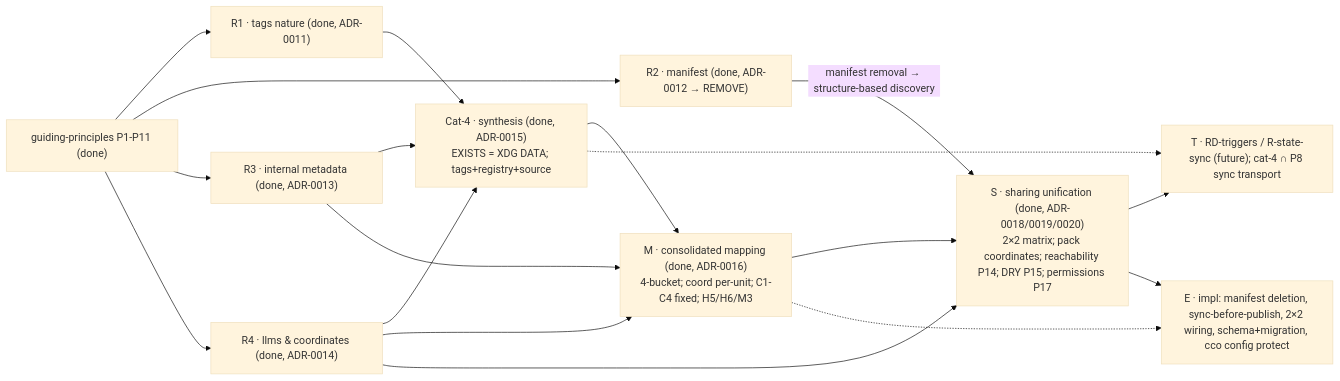
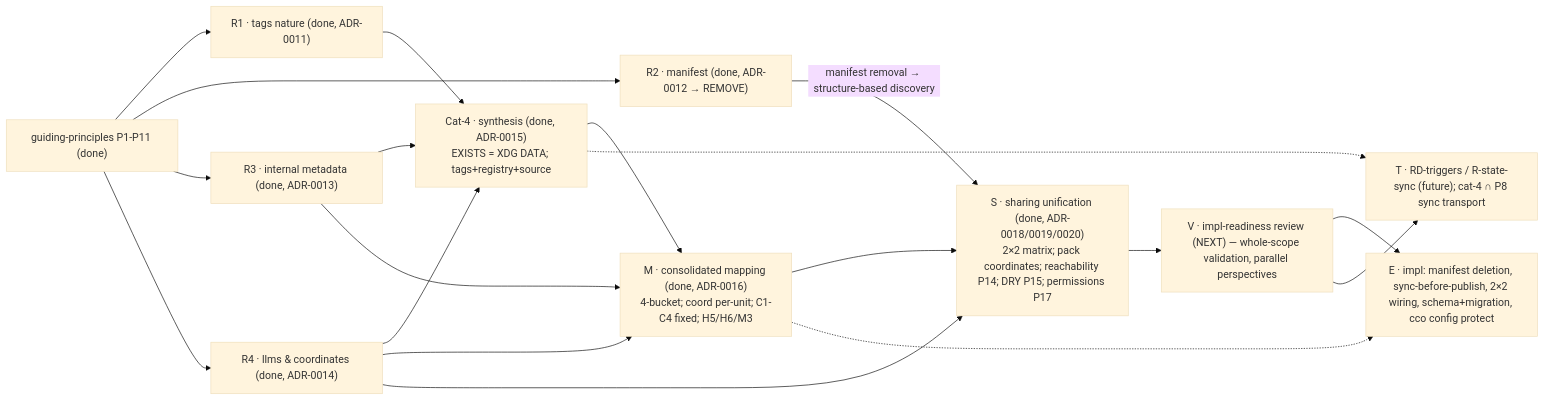
One commit to alergyonthestage/claude-orchestrator changed the diagram in docs/maintainer/configuration/decentralized-config/analysis-roadmap.md. Above: the diagram before and after it, drawn with Mermaid (base theme). The commit also changed other lines of this file and 2 other files, not shown here.

First line of the commit message:
docs(decentralized-config): add impl-readiness review (V) before E; roadmap reflects state

````diff
--- a/docs/maintainer/configuration/decentralized-config/analysis-roadmap.md
+++ b/docs/maintainer/configuration/decentralized-config/analysis-roadmap.md
@@ -212,20 +225,21 @@
 ```mermaid
 flowchart LR
   P["guiding-principles P1-P11 (done)"] --> R1["R1 · tags nature (done, ADR-0011)"]
   P --> R2["R2 · manifest (done, ADR-0012 → REMOVE)"]
   P --> R3["R3 · internal metadata (done, ADR-0013)"]
   P --> R4["R4 · llms & coordinates (done, ADR-0014)"]
   R1 --> C4["Cat-4 · synthesis (done, ADR-0015)<br/>EXISTS = XDG DATA; tags+registry+source"]
   R3 --> C4
   R4 --> C4
   C4 --> M["M · consolidated mapping (done, ADR-0016)<br/>4-bucket; coord per-unit; C1-C4 fixed; H5/H6/M3"]
   R3 --> M
   R4 --> M
   R4 --> S["S · sharing unification (done, ADR-0018/0019/0020)<br/>2×2 matrix; pack coordinates; reachability P14; DRY P15; permissions P17"]
   R2 -- "manifest removal → structure-based discovery" --> S
   M --> S
   C4 -.-> T["T · RD-triggers / R-state-sync (future); cat-4 ∩ P8 sync transport"]
-  S --> T
-  S --> E["E · impl: manifest deletion, sync-before-publish, 2×2 wiring, schema+migration, cco config protect"]
+  S --> V["V · impl-readiness review (NEXT) — whole-scope validation, parallel perspectives"]
+  V --> E["E · impl: manifest deletion, sync-before-publish, 2×2 wiring, schema+migration, cco config protect"]
+  V --> T
   M -.-> E
 ```
````
